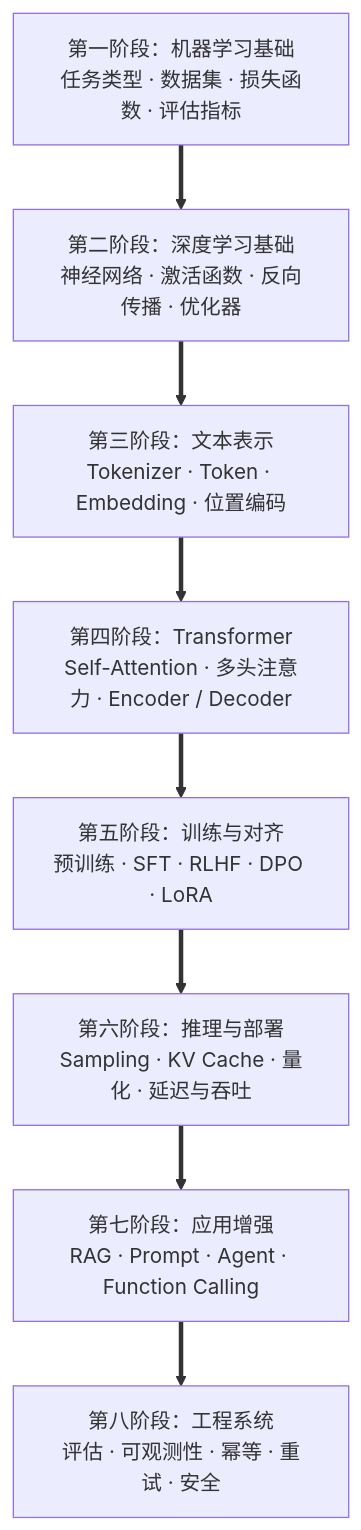
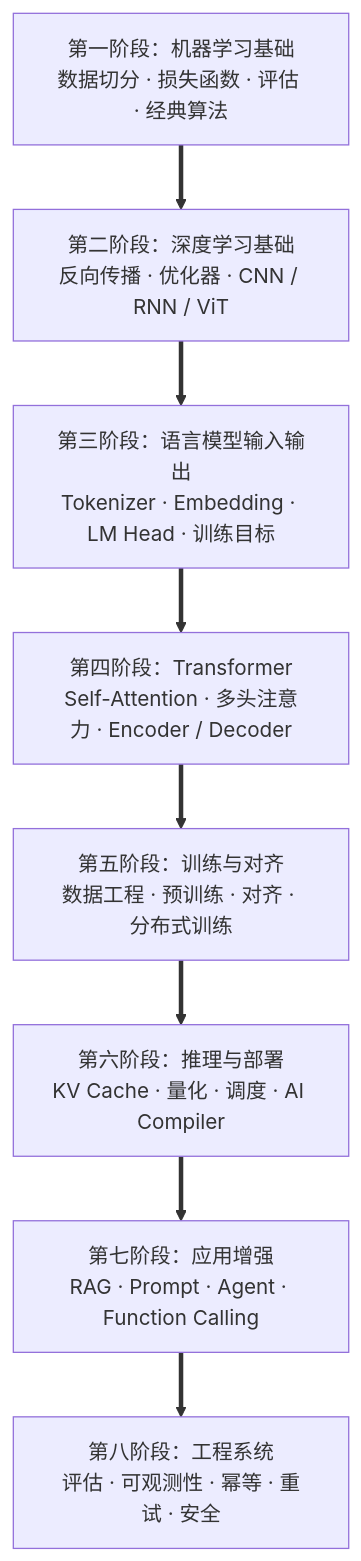
One commit to Fizgrad/fizgrad.github.io changed the first of 29 diagrams in blog/fuck_ai.md. Above: the diagram before and after it, drawn with Mermaid. The commit also changed other lines of this file and 2 other files, not shown here.

````diff
--- a/blog/fuck_ai.md
+++ b/blog/fuck_ai.md
@@ -5,13 +5,13 @@
 ```mermaid
 flowchart TB
-    A["第一阶段：机器学习基础<br/>任务类型 · 数据集 · 损失函数 · 评估指标"]
-    B["第二阶段：深度学习基础<br/>神经网络 · 激活函数 · 反向传播 · 优化器"]
-    C["第三阶段：文本表示<br/>Tokenizer · Token · Embedding · 位置编码"]
+    A["第一阶段：机器学习基础<br/>数据切分 · 损失函数 · 评估 · 经典算法"]
+    B["第二阶段：深度学习基础<br/>反向传播 · 优化器 · CNN / RNN / ViT"]
+    C["第三阶段：语言模型输入输出<br/>Tokenizer · Embedding · LM Head · 训练目标"]
     D["第四阶段：Transformer<br/>Self-Attention · 多头注意力 · Encoder / Decoder"]
-    E["第五阶段：训练与对齐<br/>预训练 · SFT · RLHF · DPO · LoRA"]
-    F["第六阶段：推理与部署<br/>Sampling · KV Cache · 量化 · 延迟与吞吐"]
+    E["第五阶段：训练与对齐<br/>数据工程 · 预训练 · 对齐 · 分布式训练"]
+    F["第六阶段：推理与部署<br/>KV Cache · 量化 · 调度 · AI Compiler"]
     G["第七阶段：应用增强<br/>RAG · Prompt · Agent · Function Calling"]
     H["第八阶段：工程系统<br/>评估 · 可观测性 · 幂等 · 重试 · 安全"]
 
     A ==> B ==> C ==> D ==> E ==> F ==> G ==> H
 ```
````
